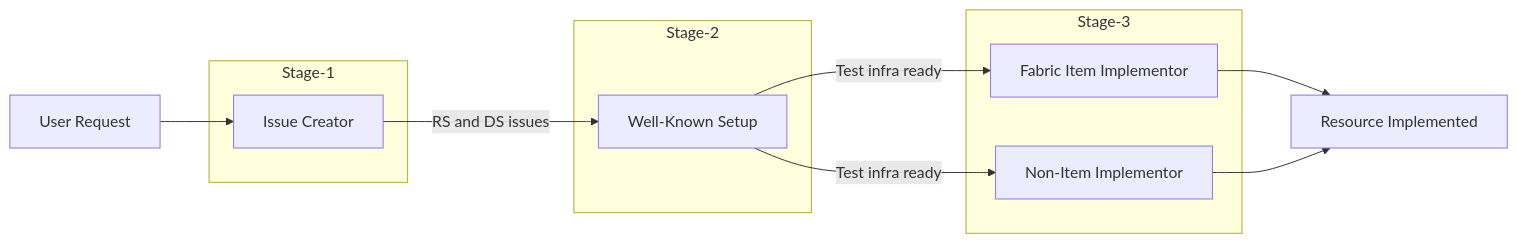
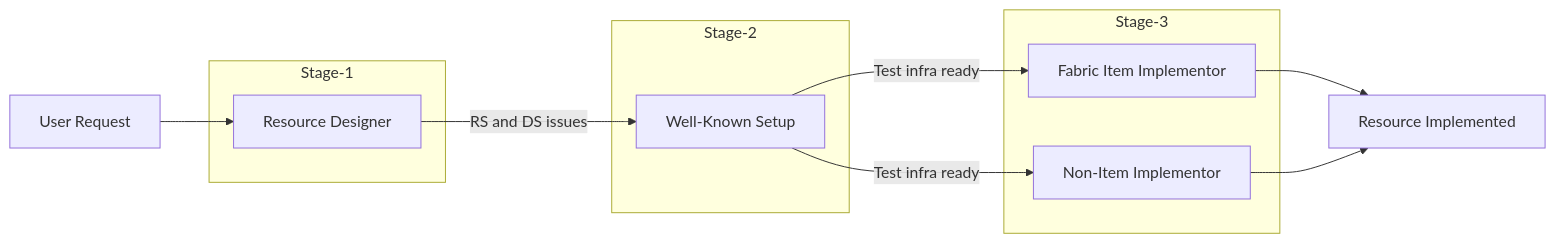
Before and after one commit to microsoft/terraform-provider-fabric: the second of 2 diagrams in .github/AI_README.md, drawn with Mermaid. The commit also changed other lines of this file and 7 other files, not shown here.

````diff
--- a/.github/AI_README.md
+++ b/.github/AI_README.md
@@ -100,23 +100,23 @@
 ```mermaid
 graph LR
     U[User Request] --> A1
 
     subgraph Stage-1
-        A1[Issue Creator]
+        A1[Resource Designer]
     end
 
     subgraph Stage-2
         A2[Well-Known Setup]
     end
 
     subgraph Stage-3
         A3[Fabric Item Implementor]
         A4[Non-Item Implementor]
     end
 
     A1 -->|RS and DS issues| A2
     A2 -->|Test infra ready| A3
     A2 -->|Test infra ready| A4
     A3 --> R[Resource Implemented]
     A4 --> R
 ```
````
